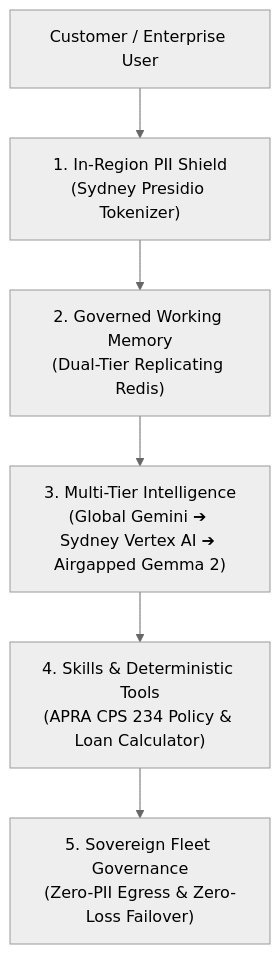
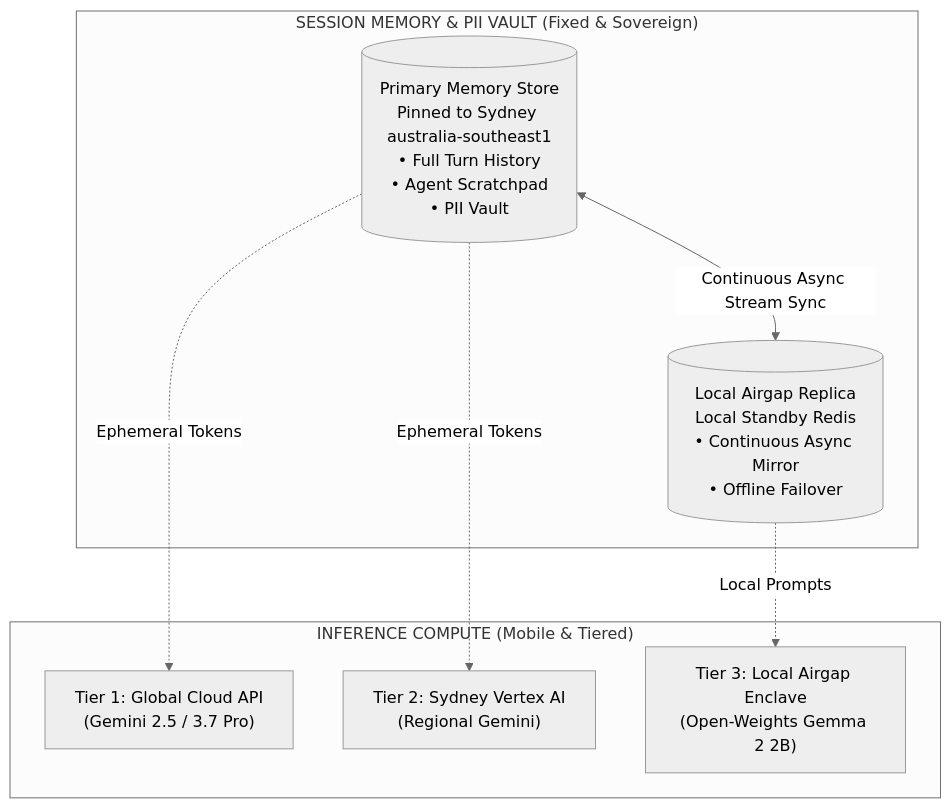
One commit to mattpancino/agentrobot changed the first of 2 diagrams in README.md. Above: the diagram before and after it, drawn with Mermaid (neutral theme). The commit also changed other lines of this file, not shown here.

Commit message:
docs: clarify that inference compute is mobile while session memory is fixed and sovereign

````diff
--- a/README.md
+++ b/README.md
@@ -23,8 +31,18 @@
 ```mermaid
 graph TD
-    User["Customer / Enterprise User"] --> PII["1. In-Region PII Shield<br/>(Sydney Presidio Tokenizer)"]
-    PII --> Mem["2. Governed Working Memory<br/>(Dual-Tier Replicating Redis)"]
-    Mem --> Intel["3. Multi-Tier Intelligence<br/>(Global Gemini ➔ Sydney Vertex AI ➔ Airgapped Gemma 2)"]
-    Intel --> Tools["4. Skills & Deterministic Tools<br/>(APRA CPS 234 Policy & Loan Calculator)"]
-    Tools --> Sov["5. Sovereign Fleet Governance<br/>(Zero-PII Egress & Zero-Loss Failover)"]
+    subgraph Compute ["INFERENCE COMPUTE (Mobile & Tiered)"]
+        T1["Tier 1: Global Cloud API<br/>(Gemini 2.5 / 3.7 Pro)"]
+        T2["Tier 2: Sydney Vertex AI<br/>(Regional Gemini)"]
+        T3["Tier 3: Local Airgap Enclave<br/>(Open-Weights Gemma 2 2B)"]
+    end
+
+    subgraph Memory ["SESSION MEMORY & PII VAULT (Fixed & Sovereign)"]
+        M_Primary[("Primary Memory Store<br/>Pinned to Sydney australia-southeast1<br/>• Full Turn History<br/>• Agent Scratchpad<br/>• PII Vault")]
+        M_Replica[("Local Airgap Replica<br/>Local Standby Redis<br/>• Continuous Async Mirror<br/>• Offline Failover")]
+    end
+
+    M_Primary <-->|"Continuous Async Stream Sync"| M_Replica
+    M_Primary -.->|"Ephemeral Tokens"| T1
+    M_Primary -.->|"Ephemeral Tokens"| T2
+    M_Replica -.->|"Local Prompts"| T3
 ```
````
